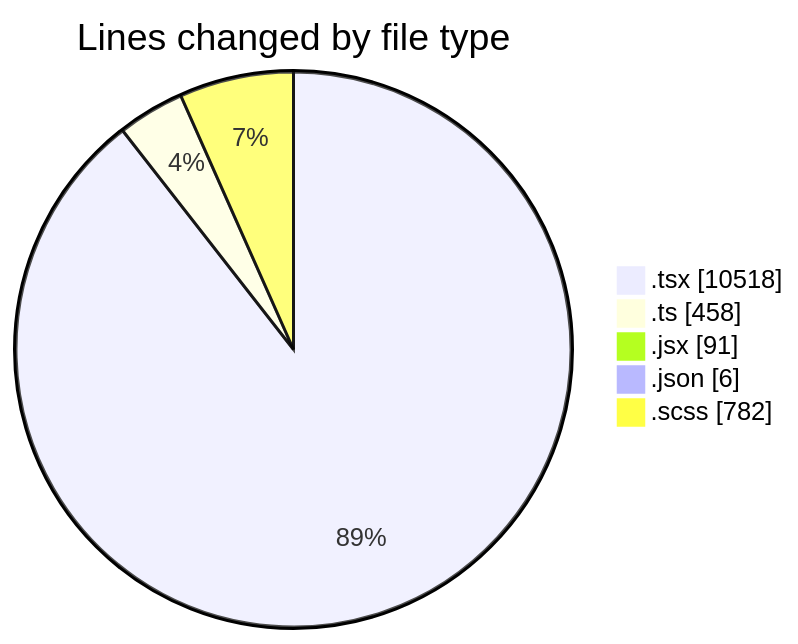
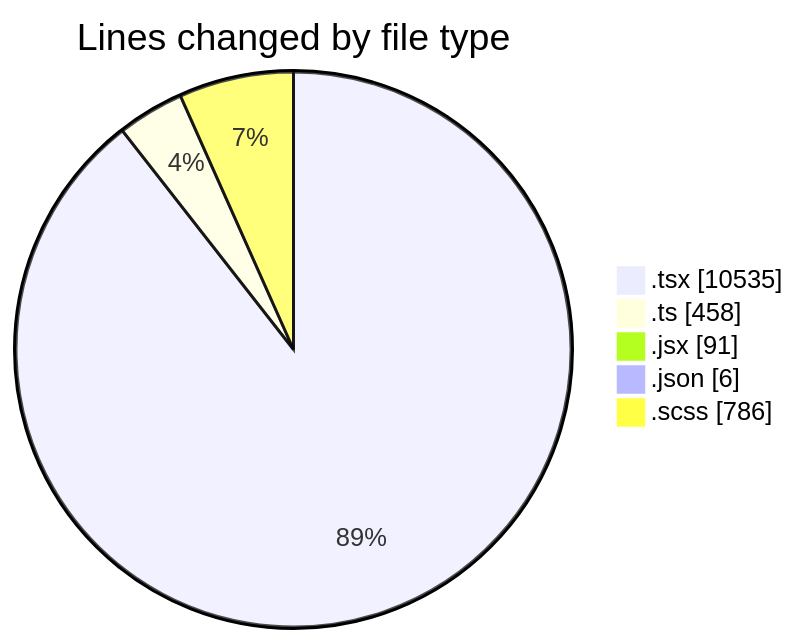
One commit to momahboobian/code-tracking changed the first of 2 diagrams in 2026-04-27/cda/README.md. Above: the diagram before and after it, drawn with Mermaid. The commit also changed other lines of this file and 1 other file, not shown here.

````diff
--- a/2026-04-27/cda/README.md
+++ b/2026-04-27/cda/README.md
@@ -57,9 +57,9 @@
 ```mermaid
 pie showData
 title Lines changed by file type
-".tsx" : 10518
+".tsx" : 10535
 ".ts" : 458
 ".jsx" : 91
 ".json" : 6
-".scss" : 782
+".scss" : 786
 ```
````
